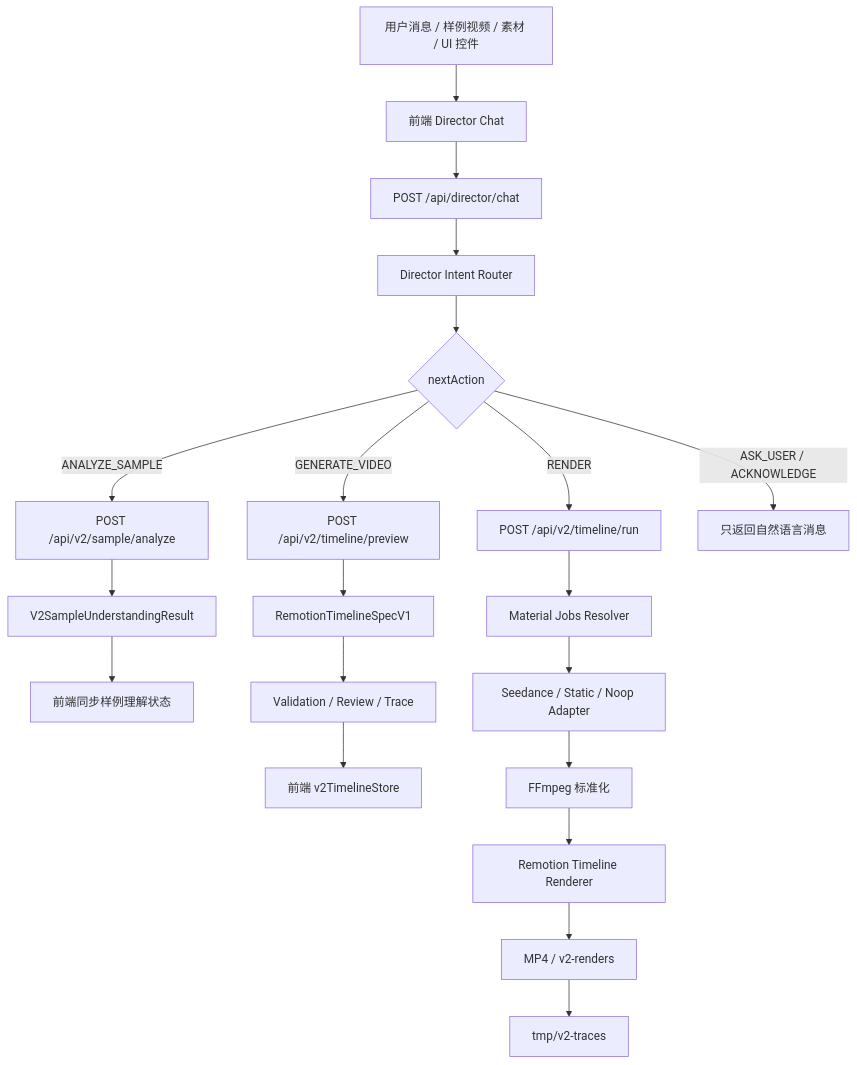
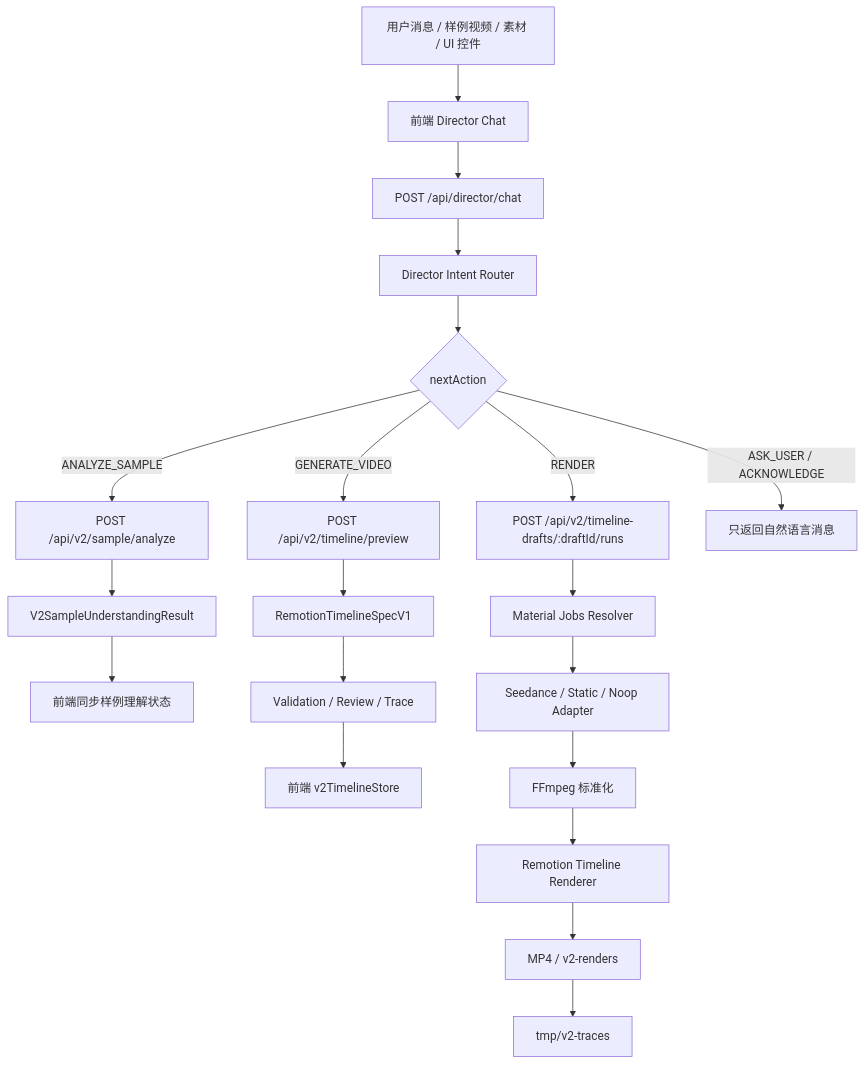
Before and after one commit to liumu2024/AUTO_Audio: the first of 3 diagrams in PROJECT_CURRENT_STATE.md, drawn with Mermaid. The commit also changed other lines of this file and 82 other files, not shown here.

Commit message:
fix(v2): close timeline state and render regression gaps

````diff
--- a/PROJECT_CURRENT_STATE.md
+++ b/PROJECT_CURRENT_STATE.md
@@ -1361,22 +1361,22 @@
 ```mermaid
 flowchart TD
   U["用户消息 / 样例视频 / 素材 / UI 控件"] --> FE["前端 Director Chat"]
   FE --> CHAT["POST /api/director/chat"]
   CHAT --> ROUTER["Director Intent Router"]
   ROUTER --> ACTION{"nextAction"}
   ACTION -->|ANALYZE_SAMPLE| SAMPLE["POST /api/v2/sample/analyze"]
   ACTION -->|GENERATE_VIDEO| PREVIEW["POST /api/v2/timeline/preview"]
-  ACTION -->|RENDER| RUN["POST /api/v2/timeline/run"]
+  ACTION -->|RENDER| RUN["POST /api/v2/timeline-drafts/:draftId/runs"]
   ACTION -->|ASK_USER / ACKNOWLEDGE| MSG["只返回自然语言消息"]
   SAMPLE --> UNDERSTANDING["V2SampleUnderstandingResult"]
   UNDERSTANDING --> STORE_SAMPLE["前端同步样例理解状态"]
   PREVIEW --> SPEC["RemotionTimelineSpecV1"]
   SPEC --> REVIEW["Validation / Review / Trace"]
   REVIEW --> STORE_TIMELINE["前端 v2TimelineStore"]
   RUN --> MATERIAL["Material Jobs Resolver"]
   MATERIAL --> GEN["Seedance / Static / Noop Adapter"]
   GEN --> STD["FFmpeg 标准化"]
   STD --> REMOTION["Remotion Timeline Renderer"]
   REMOTION --> OUT["MP4 / v2-renders"]
   OUT --> TRACE["tmp/v2-traces"]
 ```
````
